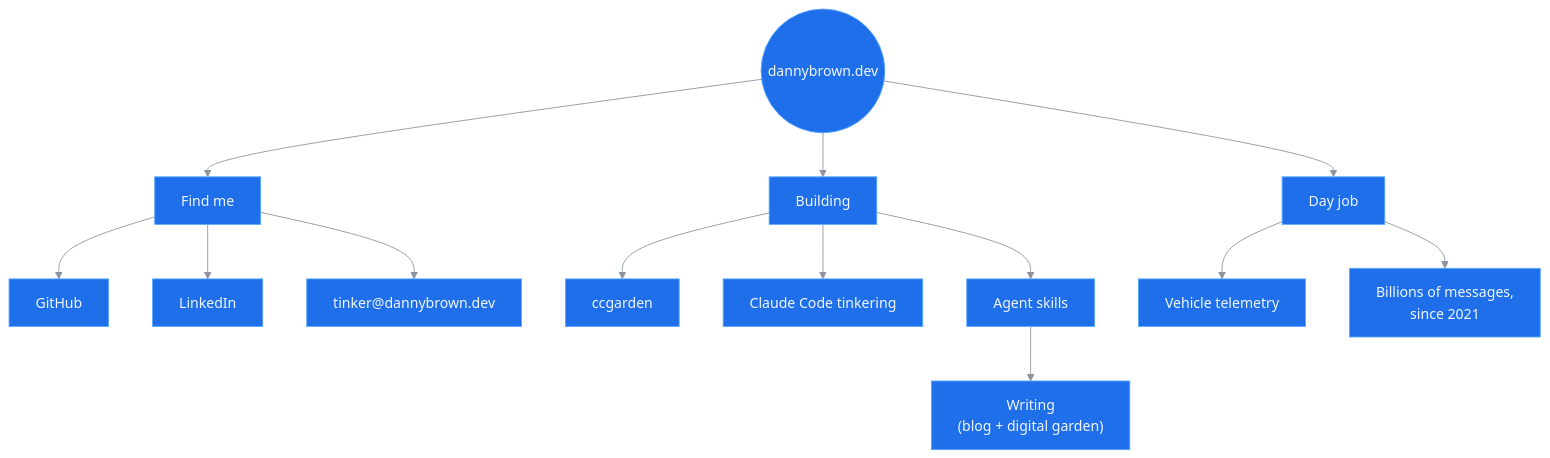
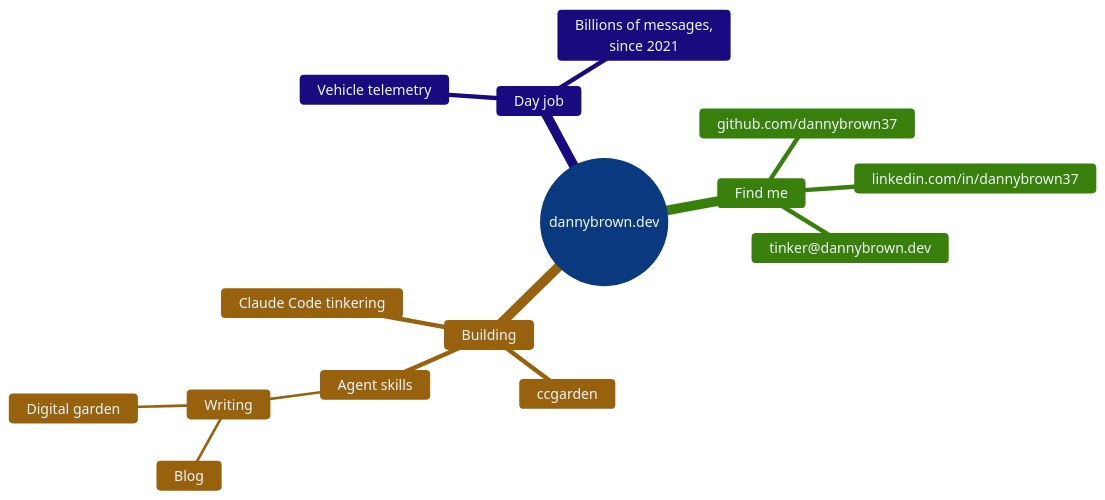
The diagram in README.md (dannybrown37/dannybrown37), drawn with Mermaid before and after one commit.

Commit message:
Update README with mindmap format for links

````diff
--- a/README.md
+++ b/README.md
@@ -7,24 +7,19 @@
 ```mermaid
 %%{init: {'theme':'base', 'themeVariables': {'primaryColor':'#1f6feb','primaryTextColor':'#f0f6fc','primaryBorderColor':'#58a6ff','lineColor':'#8b949e','textColor':'#f0f6fc','fontSize':'16px'}}}%%
-flowchart TD
-    root(("dannybrown.dev"))
-
-    root --> findme["Find me"]
-    findme --> github["GitHub"]
-    findme --> linkedin["LinkedIn"]
-    findme --> email["tinker@dannybrown.dev"]
-
-    root --> building["Building"]
-    building --> ccgarden["ccgarden"]
-    building --> tinkering["Claude Code tinkering"]
-    building --> skills["Agent skills"]
-    skills --> writing["Writing<br/>(blog + digital garden)"]
-
-    root --> dayjob["Day job"]
-    dayjob --> telemetry["Vehicle telemetry"]
-    dayjob --> scale["Billions of messages,<br/>since 2021"]
-
-    click github "https://github.com/dannybrown37" _blank
-    click linkedin "https://linkedin.com/in/dannybrown37" _blank
-    click email "mailto:tinker@dannybrown.dev" _blank
+mindmap
+  root((dannybrown.dev))
+    Find me
+      github.com/dannybrown37
+      linkedin.com/in/dannybrown37
+      tinker@dannybrown.dev
+    Building
+      ccgarden
+      Claude Code tinkering
+      Agent skills
+        Writing
+          Blog
+          Digital garden
+    Day job
+      Vehicle telemetry
+      Billions of messages,<br/>since 2021
 ```
````
